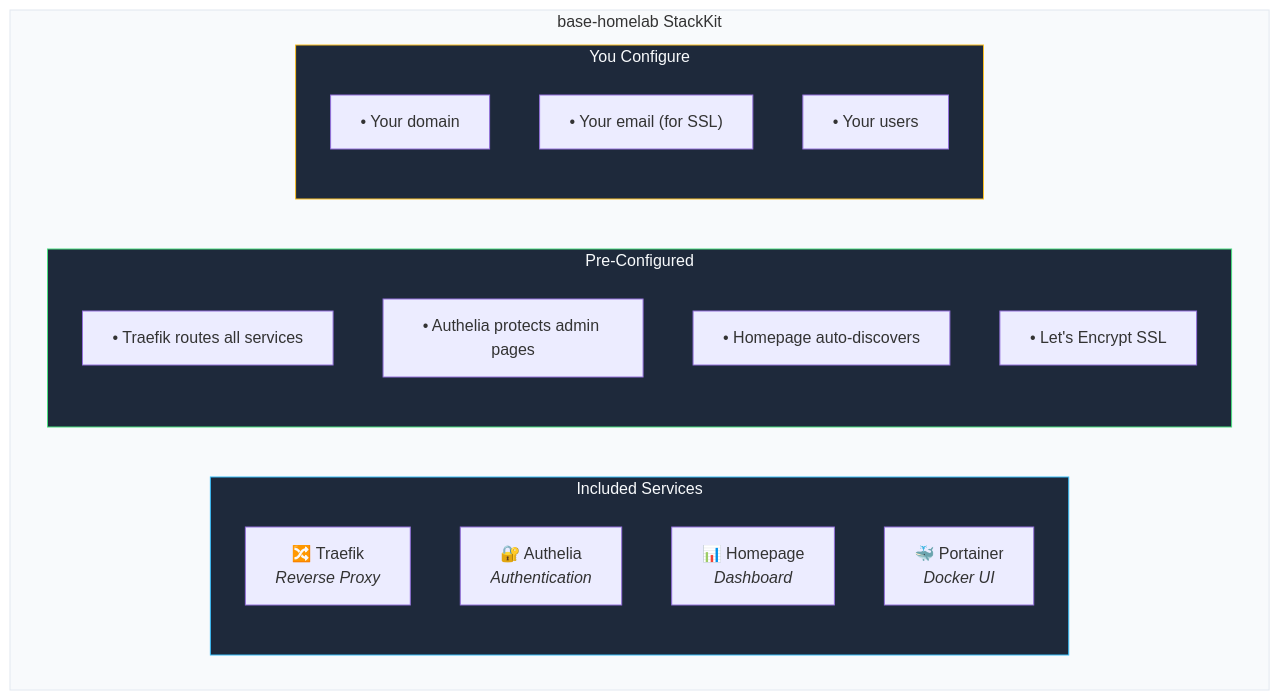
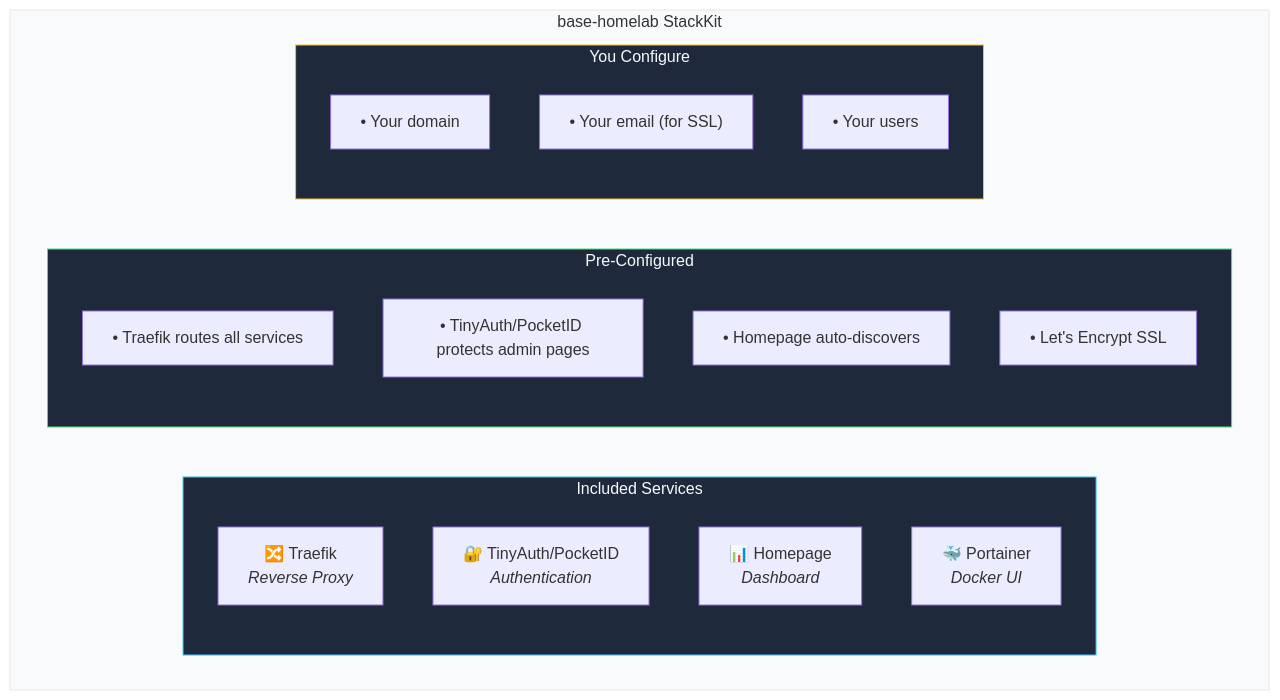
Before and after one commit to KombiverseLabs/docs: the fourth of 5 diagrams in concepts/stackkits.mdx, drawn with Mermaid. The commit also changed other lines of this file and 35 other files, not shown here.

````diff
--- a/concepts/stackkits.mdx
+++ b/concepts/stackkits.mdx
@@ -227,29 +225,29 @@
 ```mermaid
 graph TB
     subgraph BaseHomelab["base-homelab StackKit"]
         subgraph Services["Included Services"]
             Traefik["🔀 Traefik<br/><i>Reverse Proxy</i>"]
-            Authelia["🔐 Authelia<br/><i>Authentication</i>"]
+            Authelia["🔐 TinyAuth/PocketID<br/><i>Authentication</i>"]
             Homepage["📊 Homepage<br/><i>Dashboard</i>"]
             Portainer["🐳 Portainer<br/><i>Docker UI</i>"]
         end
 
         subgraph Preconfigured["Pre-Configured"]
             Routes["• Traefik routes all services"]
-            Auth["• Authelia protects admin pages"]
+            Auth["• TinyAuth/PocketID protects admin pages"]
             Discovery["• Homepage auto-discovers"]
             SSL["• Let's Encrypt SSL"]
         end
 
         subgraph YouConfigure["You Configure"]
             Domain["• Your domain"]
             Email["• Your email (for SSL)"]
             Users["• Your users"]
         end
     end
 
     style BaseHomelab fill:#f8fafc,stroke:#e2e8f0
     style Services fill:#1e293b,stroke:#38bdf8,color:#f8fafc
     style Preconfigured fill:#1e293b,stroke:#4ade80,color:#f8fafc
     style YouConfigure fill:#1e293b,stroke:#fbbf24,color:#f8fafc
 ```
````
